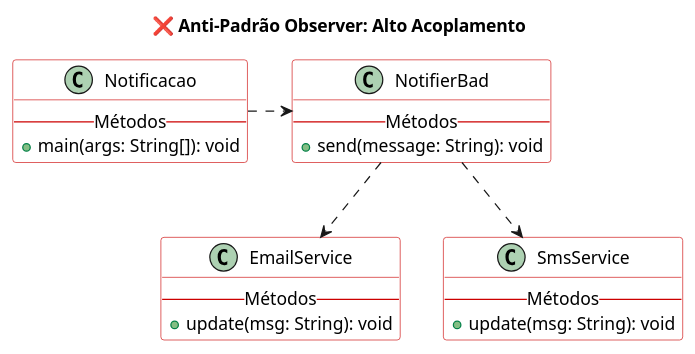
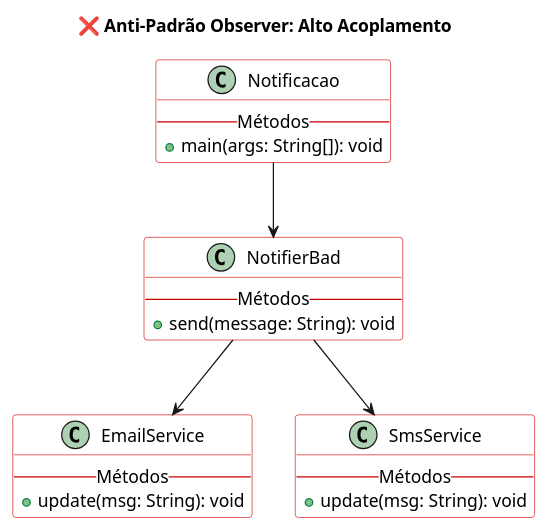
The diagram in Padrões de Projeto/Observador/antipadrão/observador_antipadrao.puml (thiagosabreu/bertoti), drawn with PlantUML before and after one commit. The commit also changed 5 other files, not shown here.

```diff
--- a/Padrões de Projeto/Observador/antipadrão/observador_antipadrao.puml
+++ b/Padrões de Projeto/Observador/antipadrão/observador_antipadrao.puml
@@ -1,44 +1,44 @@
 @startuml
 title ❌ Anti-Padrão Observer: Alto Acoplamento
 
 ' Configuração de estilo
 skinparam class {
   BorderColor #cc0000
   BackgroundColor white
   AttributeFontColor black
 }
 skinparam backgroundcolor white
 
 ' 1. Classes de Observadores Concretos
 class EmailService {
   -- Métodos --
   + update(msg: String): void
 }
 
 class SmsService {
   -- Métodos --
   + update(msg: String): void
 }
 
 ' 2. Sujeito Acoplado (NotifierBad)
 class NotifierBad {
   -- Métodos --
   + send(message: String): void
 }
 
 ' 3. Cliente
 class Notificacao {
     -- Métodos --
     + main(args: String[]): void
 }
 
 ' RELAÇÕES:
 
 ' Acoplamento Alto (NotifierBad depende diretamente dos Observadores)
-NotifierBad .down.> EmailService
-NotifierBad .down.> SmsService
+NotifierBad --> EmailService
+NotifierBad --> SmsService
 
 ' Dependência (Cliente usa o NotifierBad)
-Notificacao .right.> NotifierBad
+Notificacao --> NotifierBad
 
 @enduml
```
